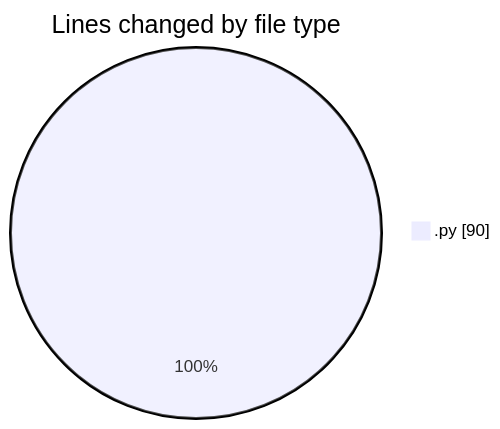
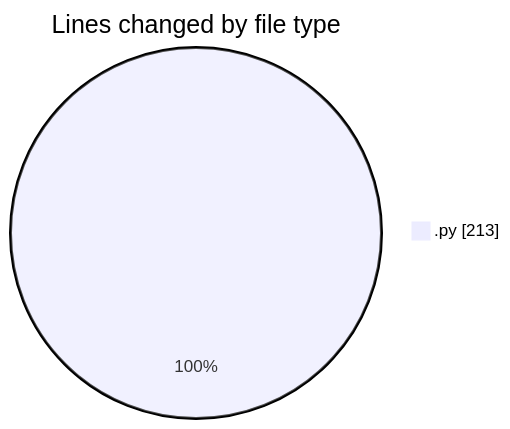
Before and after one commit to FelipKnott/code-tracking: the first of 2 diagrams in 2025-07-03/cursor/README.md, drawn with Mermaid. The commit also changed other lines of this file and 1 other file, not shown here.

````diff
--- a/2025-07-03/cursor/README.md
+++ b/2025-07-03/cursor/README.md
@@ -24,5 +26,5 @@
 ```mermaid
 pie showData
 title Lines changed by file type
-".py" : 90
+".py" : 213
 ```
````
